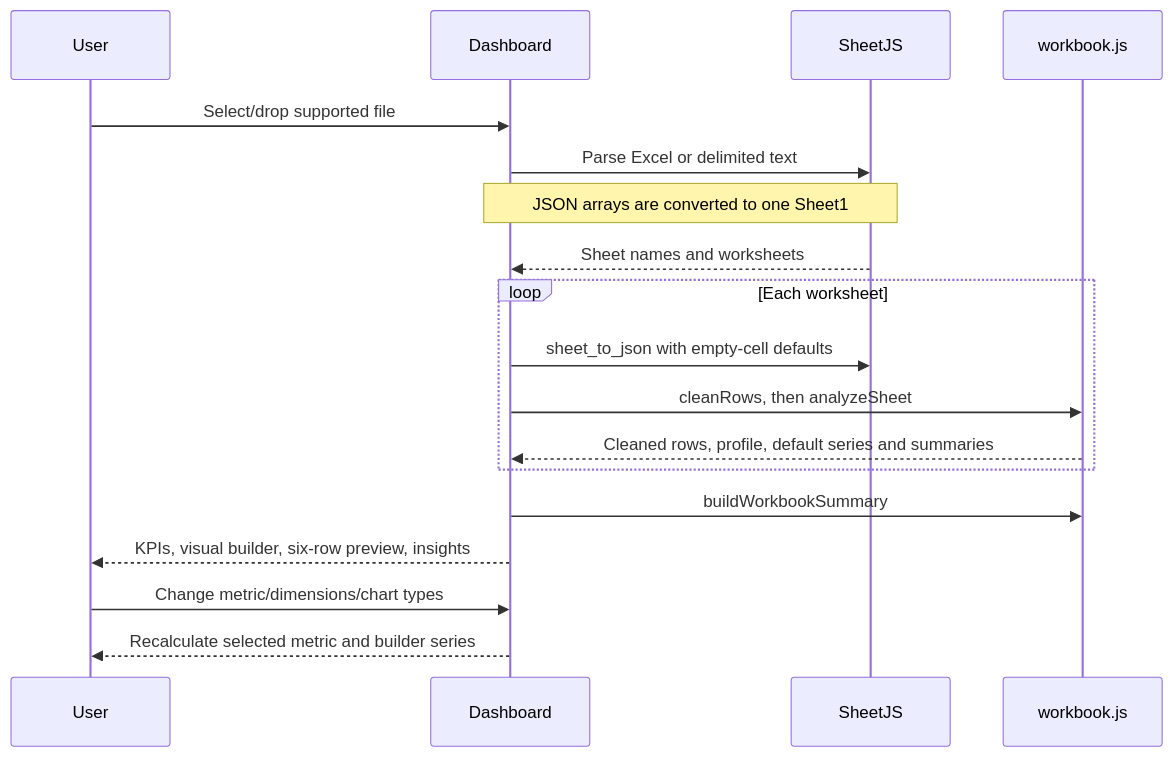
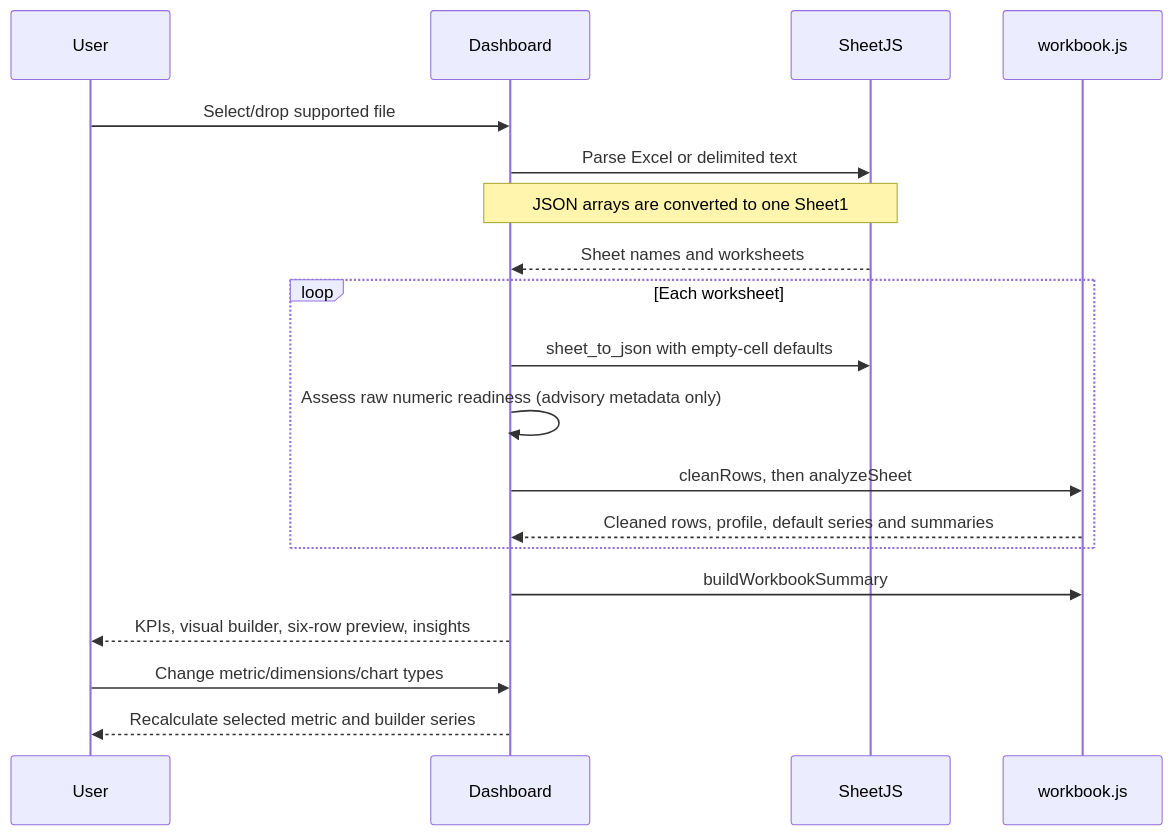
The second of 2 diagrams in docs/ARCHITECTURE.md (0Divyanshu0/EasyMadeInsights), drawn with Mermaid before and after one commit. The commit also changed other lines of this file and 25 other files, not shown here.

````diff
--- a/docs/ARCHITECTURE.md
+++ b/docs/ARCHITECTURE.md
@@ -106,20 +110,21 @@
 ```mermaid
 sequenceDiagram
     participant User
     participant Dashboard
     participant SheetJS
     participant Helpers as workbook.js
     User->>Dashboard: Select/drop supported file
     Dashboard->>SheetJS: Parse Excel or delimited text
     Note over Dashboard,SheetJS: JSON arrays are converted to one Sheet1
     SheetJS-->>Dashboard: Sheet names and worksheets
     loop Each worksheet
         Dashboard->>SheetJS: sheet_to_json with empty-cell defaults
+        Dashboard->>Dashboard: Assess raw numeric readiness (advisory metadata only)
         Dashboard->>Helpers: cleanRows, then analyzeSheet
         Helpers-->>Dashboard: Cleaned rows, profile, default series and summaries
     end
     Dashboard->>Helpers: buildWorkbookSummary
     Dashboard-->>User: KPIs, visual builder, six-row preview, insights
     User->>Dashboard: Change metric/dimensions/chart types
     Dashboard-->>User: Recalculate selected metric and builder series
 ```
````
